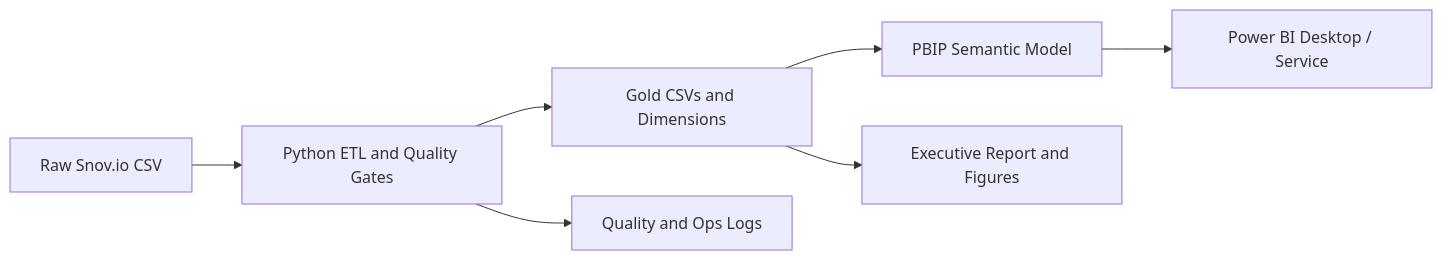
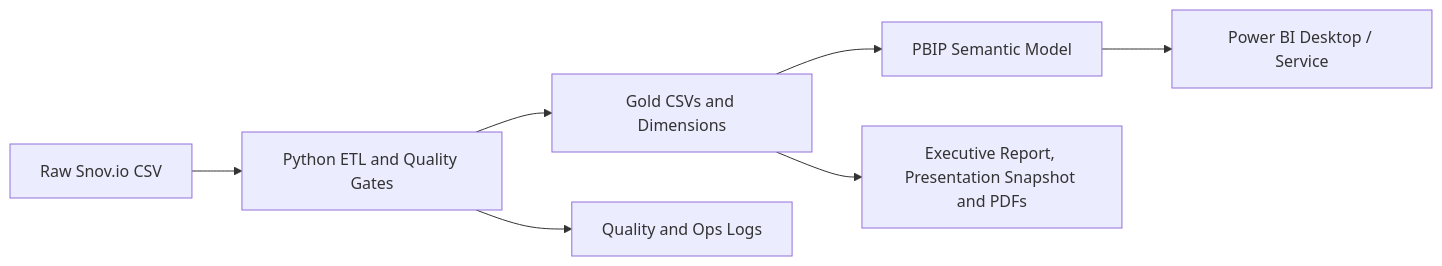
One commit to lucasguldem/isabellysto-prepara-portugal changed the diagram in README.md. Above: the diagram before and after it, drawn with Mermaid. The commit also changed other lines of this file and 138 other files, not shown here.

````diff
--- a/README.md
+++ b/README.md
@@ -16,9 +17,9 @@
 ```mermaid
 flowchart LR
     A[Raw Snov.io CSV] --> B[Python ETL and Quality Gates]
     B --> C[Gold CSVs and Dimensions]
     C --> D[PBIP Semantic Model]
     D --> E[Power BI Desktop / Service]
     B --> F[Quality and Ops Logs]
-    C --> G[Executive Report and Figures]
+    C --> G[Executive Report, Presentation Snapshot and PDFs]
 ```
````
